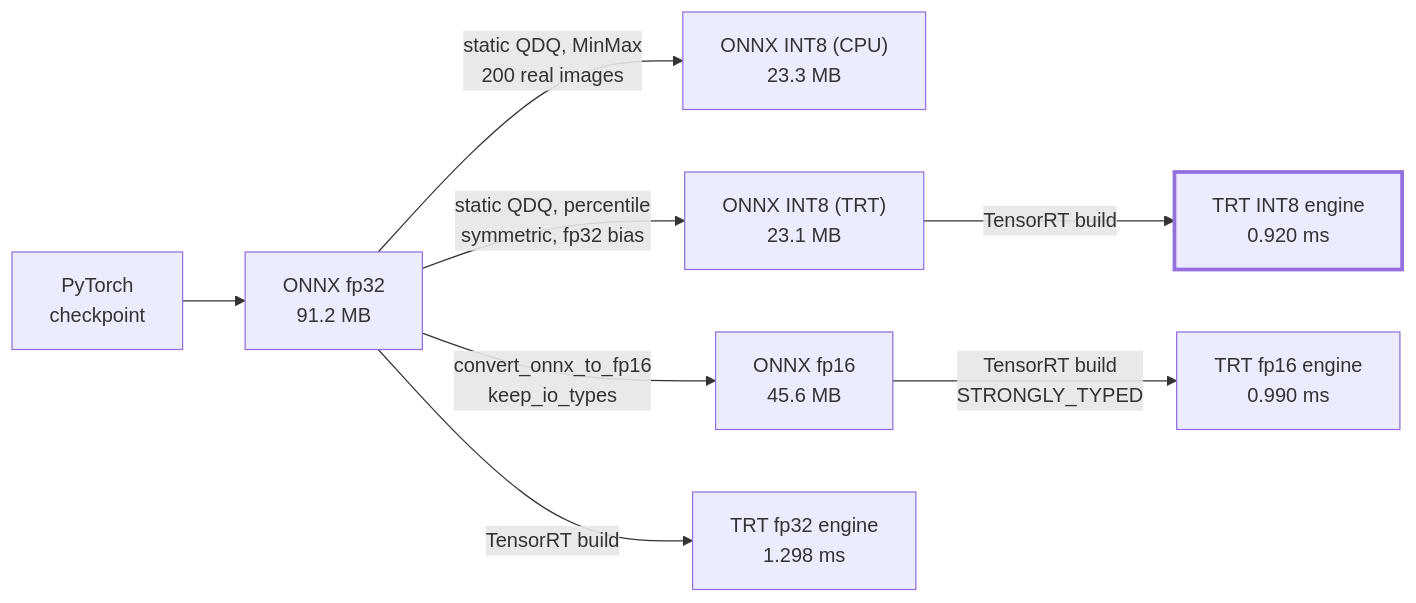
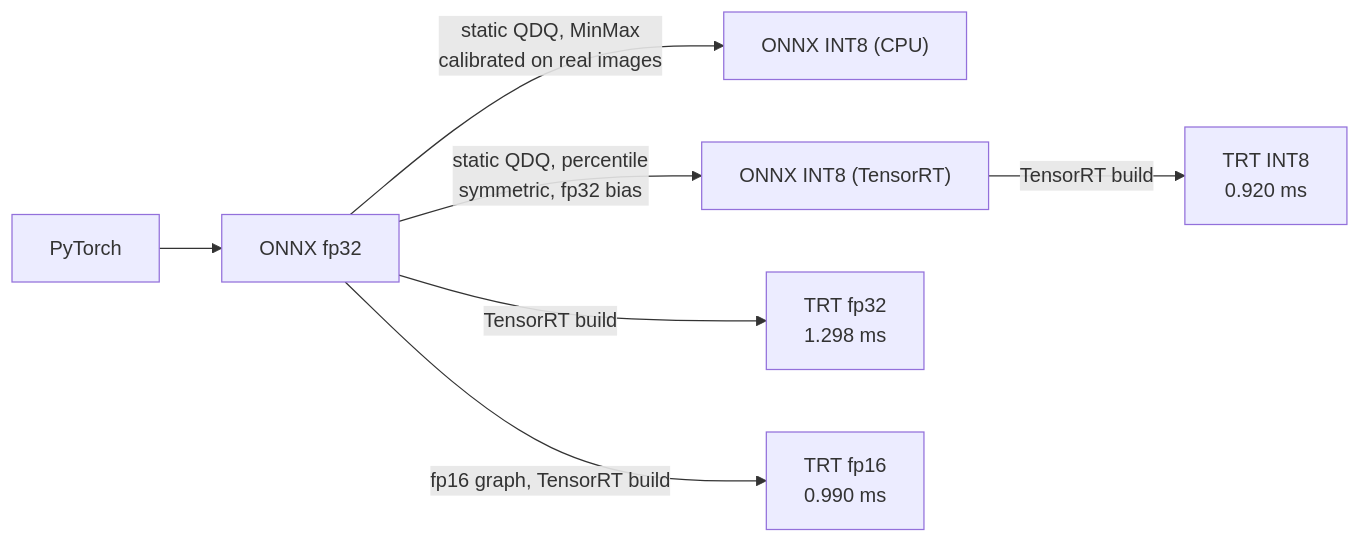
One commit to pankaj29/ML-Engineer-Challenge changed the diagram in docs/TECHNICAL.md. Above: the diagram before and after it, drawn with Mermaid. The commit also changed other lines of this file and 2 other files, not shown here.

````diff
--- a/docs/TECHNICAL.md
+++ b/docs/TECHNICAL.md
@@ -95,12 +51,9 @@
 ```mermaid
 flowchart LR
-    T["PyTorch<br/>checkpoint"] --> O["ONNX fp32<br/>91.2 MB"]
-    O -->|"static QDQ, MinMax<br/>200 real images"| Q["ONNX INT8 (CPU)<br/>23.3 MB"]
-    O -->|"static QDQ, percentile<br/>symmetric, fp32 bias"| QT["ONNX INT8 (TRT)<br/>23.1 MB"]
-    O -->|"convert_onnx_to_fp16<br/>keep_io_types"| H["ONNX fp16<br/>45.6 MB"]
-    O -->|"TensorRT build"| E32["TRT fp32 engine<br/>1.298 ms"]
-    H -->|"TensorRT build<br/>STRONGLY_TYPED"| E16["TRT fp16 engine<br/>0.990 ms"]
-    QT -->|"TensorRT build"| EI["TRT INT8 engine<br/>0.920 ms"]
-
-    style EI stroke-width:3px
+    T["PyTorch"] --> O["ONNX fp32"]
+    O -->|"static QDQ, MinMax<br/>calibrated on real images"| Q["ONNX INT8 (CPU)"]
+    O -->|"static QDQ, percentile<br/>symmetric, fp32 bias"| QT["ONNX INT8 (TensorRT)"]
+    O -->|"TensorRT build"| E32["TRT fp32<br/>1.298 ms"]
+    O -->|"fp16 graph, TensorRT build"| E16["TRT fp16<br/>0.990 ms"]
+    QT -->|"TensorRT build"| EI["TRT INT8<br/>0.920 ms"]
 ```
````
